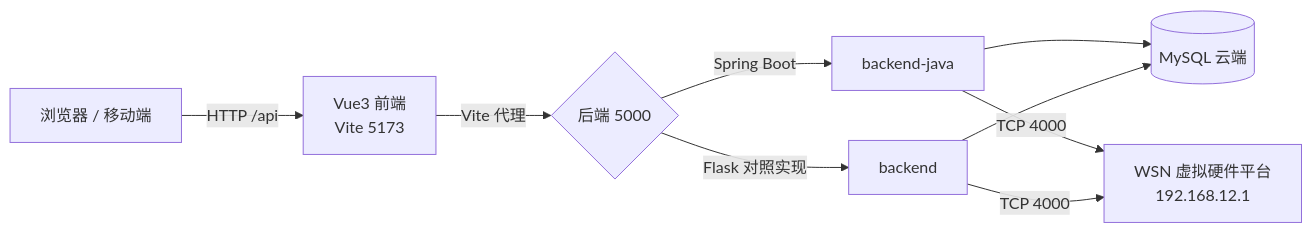
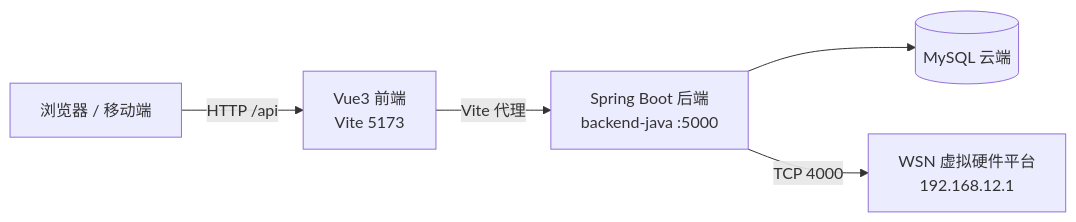
One commit to SivRoua/-java-vue3- changed the first of 2 diagrams in README.md. Above: the diagram before and after it, drawn with Mermaid. The commit also changed other lines of this file and 37 other files, not shown here.

````diff
--- a/README.md
+++ b/README.md
@@ -76,11 +77,7 @@
 ```mermaid
 flowchart LR
     U[浏览器 / 移动端] -->|HTTP /api| FE[Vue3 前端<br/>Vite 5173]
-    FE -->|Vite 代理| BE{后端 5000}
-    BE -->|Spring Boot| J[backend-java]
-    BE -->|Flask 对照实现| P[backend]
+    FE -->|Vite 代理| J[Spring Boot 后端<br/>backend-java :5000]
     J --> DB[(MySQL 云端)]
-    P --> DB
     J -->|TCP 4000| W[WSN 虚拟硬件平台<br/>192.168.12.1]
-    P -->|TCP 4000| W
 ```
````
